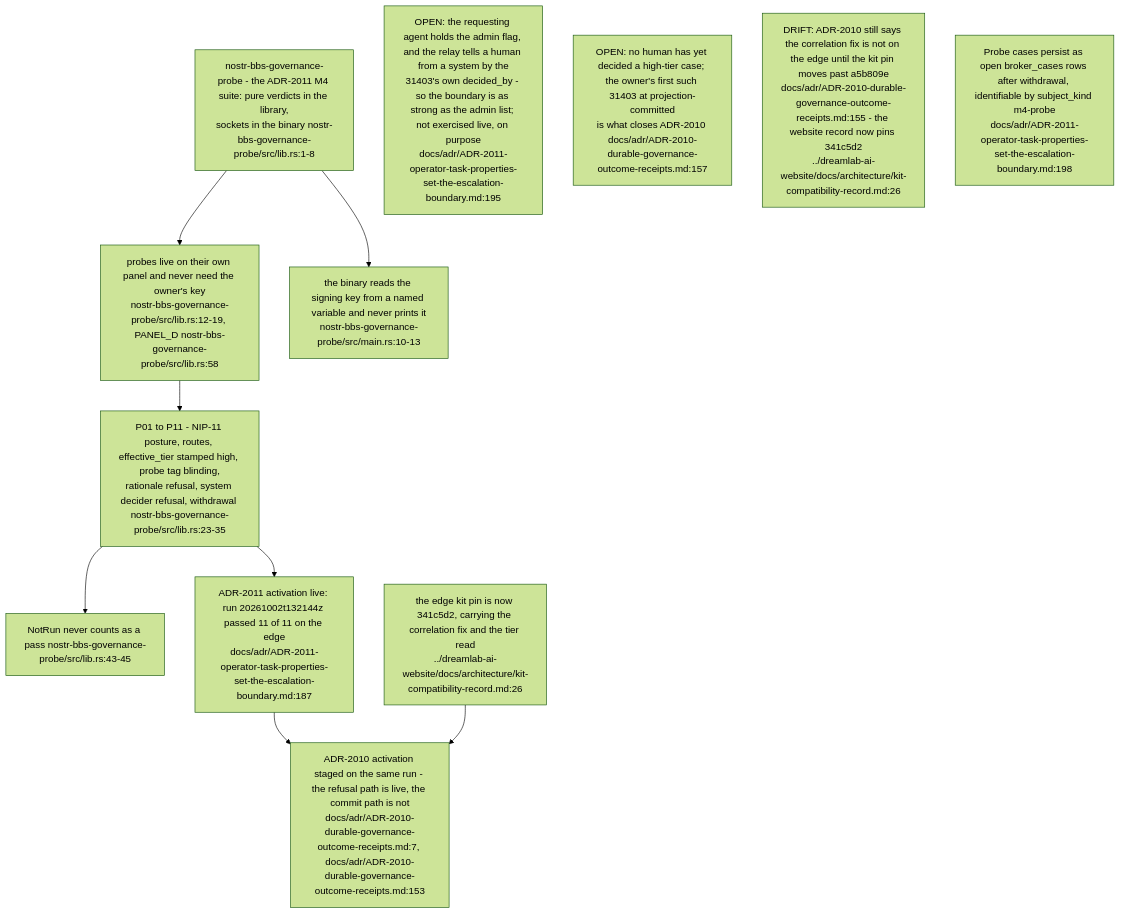
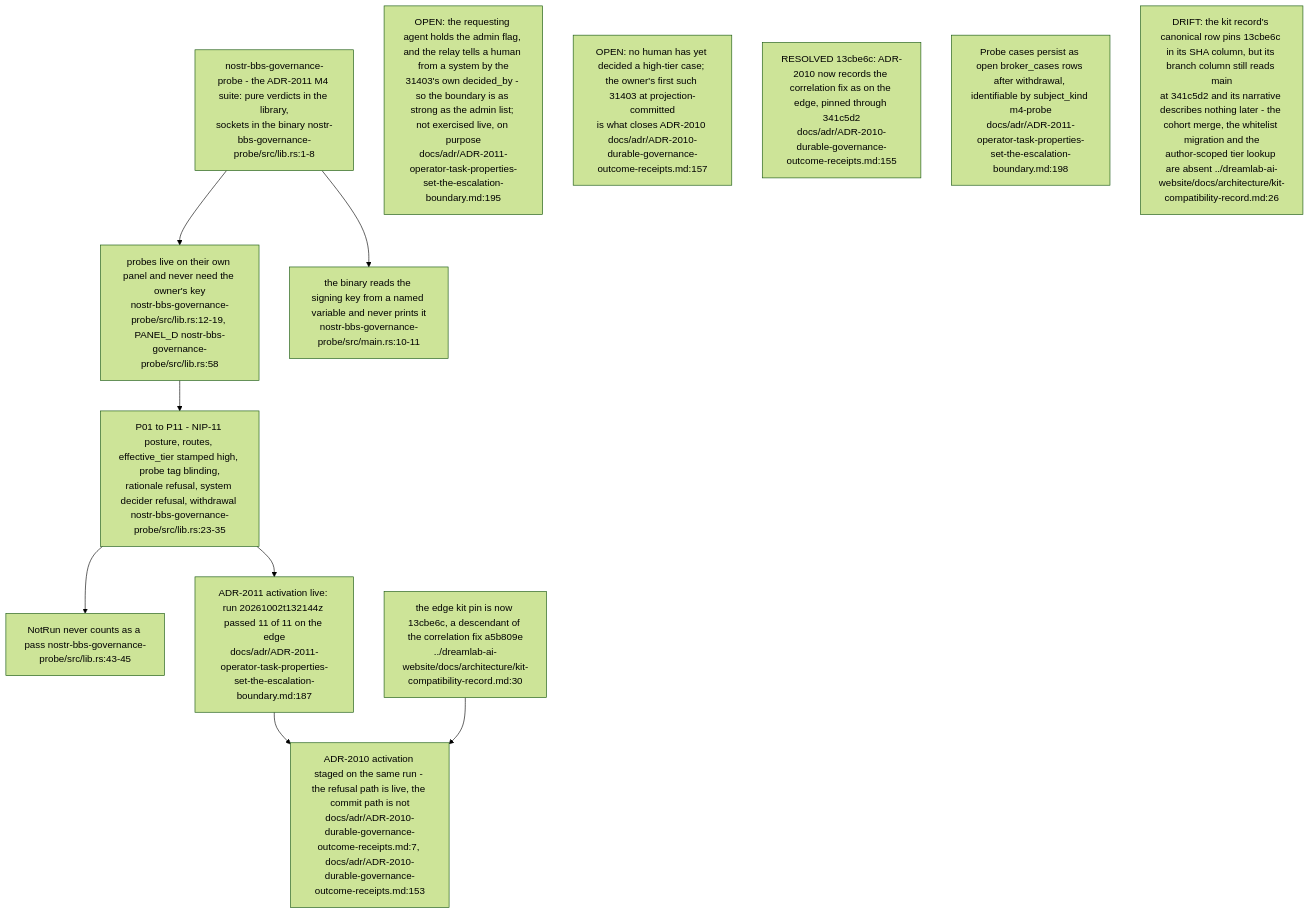
One commit to DreamLab-AI/VisionFlow changed diagram 16 of 16 in docs/diagrams/nostr-rust-forum/06-agent-control-surface-31400-31405.md. Above: the diagram before and after it, drawn with Mermaid (forest theme). The commit also changed other lines of this file and 31 other files, not shown here.

````diff
--- a/docs/diagrams/nostr-rust-forum/06-agent-control-surface-31400-31405.md
+++ b/docs/diagrams/nostr-rust-forum/06-agent-control-surface-31400-31405.md
@@ -434,21 +436,22 @@
 ```mermaid
 flowchart TB
     SUITE["nostr-bbs-governance-probe - the ADR-2011 M4 suite: pure verdicts in the library,<br/>sockets in the binary nostr-bbs-governance-probe/src/lib.rs:1-8"]
     OWN["probes live on their own panel and never need the owner's key<br/>nostr-bbs-governance-probe/src/lib.rs:12-19, PANEL_D nostr-bbs-governance-probe/src/lib.rs:58"]
     TABLE["P01 to P11 - NIP-11 posture, routes, effective_tier stamped high, probe tag blinding,<br/>rationale refusal, system decider refusal, withdrawal nostr-bbs-governance-probe/src/lib.rs:23-35"]
     NOTRUN["NotRun never counts as a pass nostr-bbs-governance-probe/src/lib.rs:43-45"]
-    BIN["the binary reads the signing key from a named variable and never prints it<br/>nostr-bbs-governance-probe/src/main.rs:10-13"]
+    BIN["the binary reads the signing key from a named variable and never prints it<br/>nostr-bbs-governance-probe/src/main.rs:10-11"]
     LIVE["ADR-2011 activation live: run 20261002t132144z passed 11 of 11 on the edge<br/>docs/adr/ADR-2011-operator-task-properties-set-the-escalation-boundary.md:187"]
     REC["ADR-2010 activation staged on the same run - the refusal path is live, the commit path is not<br/>docs/adr/ADR-2010-durable-governance-outcome-receipts.md:7, docs/adr/ADR-2010-durable-governance-outcome-receipts.md:153"]
-    PIN["the edge kit pin is now 341c5d2, carrying the correlation fix and the tier read<br/>../dreamlab-ai-website/docs/architecture/kit-compatibility-record.md:26"]
+    PIN["the edge kit pin is now 13cbe6c, a descendant of the correlation fix a5b809e<br/>../dreamlab-ai-website/docs/architecture/kit-compatibility-record.md:30"]
 
     SUITE --> OWN --> TABLE --> NOTRUN
     SUITE --> BIN
     TABLE --> LIVE --> REC
     PIN --> REC
 
     N1["OPEN: the requesting agent holds the admin flag, and the relay tells a human from a system by the<br/>31403's own decided_by - so the boundary is as strong as the admin list; not exercised live, on purpose<br/>docs/adr/ADR-2011-operator-task-properties-set-the-escalation-boundary.md:195"]
     N2["OPEN: no human has yet decided a high-tier case; the owner's first such 31403 at projection-committed<br/>is what closes ADR-2010 docs/adr/ADR-2010-durable-governance-outcome-receipts.md:157"]
-    N3["DRIFT: ADR-2010 still says the correlation fix is not on the edge until the kit pin moves past a5b809e<br/>docs/adr/ADR-2010-durable-governance-outcome-receipts.md:155 - the website record now pins 341c5d2<br/>../dreamlab-ai-website/docs/architecture/kit-compatibility-record.md:26"]
+    N3["RESOLVED 13cbe6c: ADR-2010 now records the correlation fix as on the edge, pinned through 341c5d2<br/>docs/adr/ADR-2010-durable-governance-outcome-receipts.md:155"]
     N4["Probe cases persist as open broker_cases rows after withdrawal, identifiable by subject_kind m4-probe<br/>docs/adr/ADR-2011-operator-task-properties-set-the-escalation-boundary.md:198"]
+    N5["DRIFT: the kit record's canonical row pins 13cbe6c in its SHA column, but its branch column still reads main<br/>at 341c5d2 and its narrative describes nothing later - the cohort merge, the whitelist migration and the<br/>author-scoped tier lookup are absent ../dreamlab-ai-website/docs/architecture/kit-compatibility-record.md:26"]
 ```
````
